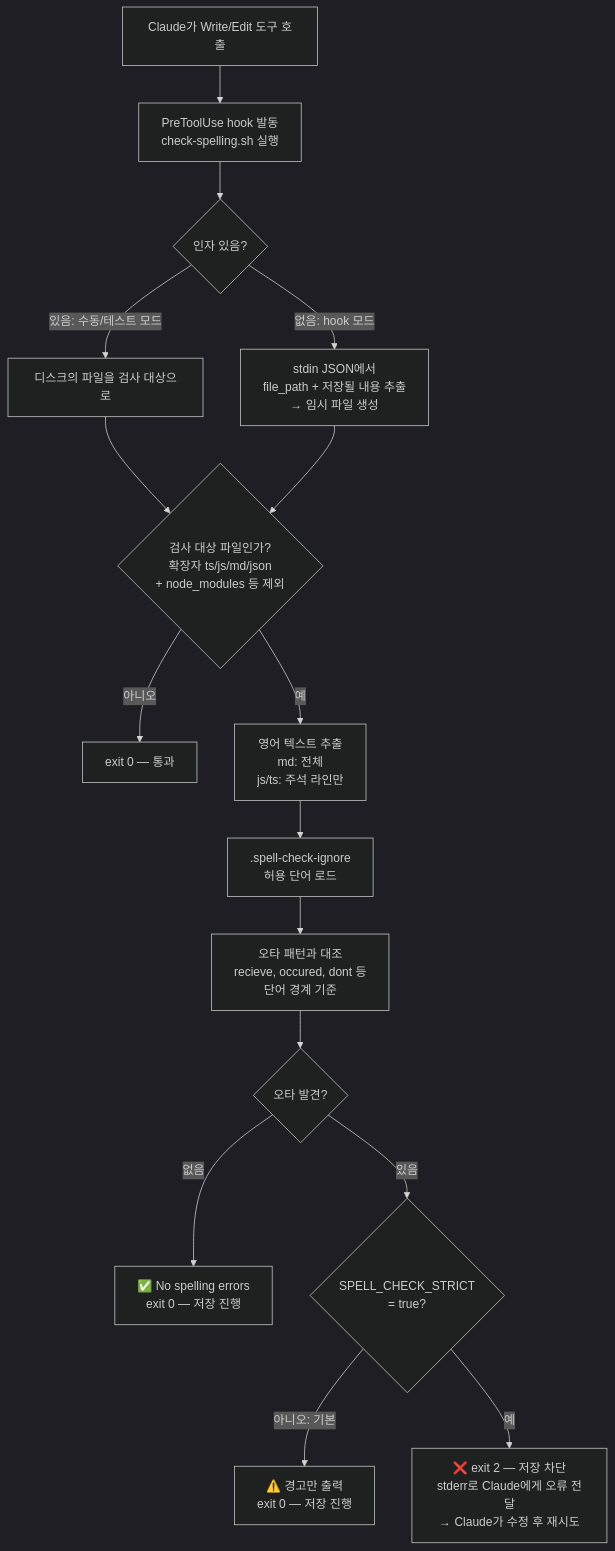
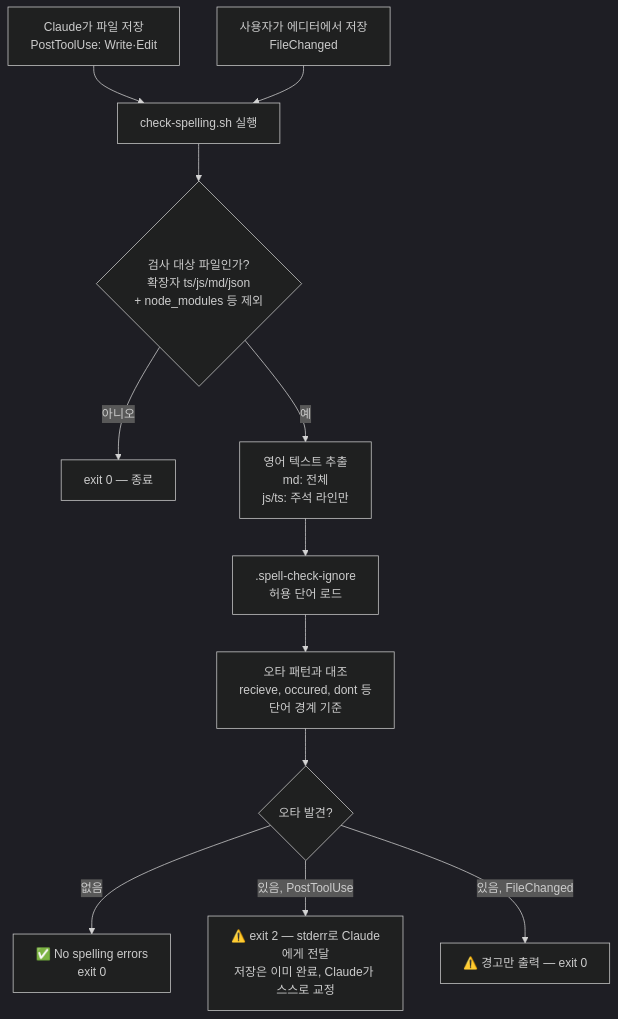
The diagram in README.md (simjieun/spell-check-plugin), drawn with Mermaid (dark theme) before and after one commit. The commit also changed other lines of this file and 7 other files, not shown here.

First line of the commit message:
v1.2.0 — 저장 차단 제거, PostToolUse로 전환

````diff
--- a/README.md
+++ b/README.md
@@ -98,18 +100,14 @@
 ```mermaid
 flowchart TD
-    A[Claude가 Write/Edit 도구 호출] --> B[PreToolUse hook 발동<br/>check-spelling.sh 실행]
-    B --> C{인자 있음?}
-    C -->|있음: 수동/테스트 모드| D[디스크의 파일을 검사 대상으로]
-    C -->|없음: hook 모드| E[stdin JSON에서<br/>file_path + 저장될 내용 추출<br/>→ 임시 파일 생성]
-    D --> F{검사 대상 파일인가?<br/>확장자 ts/js/md/json<br/>+ node_modules 등 제외}
-    E --> F
-    F -->|아니오| G[exit 0 — 통과]
+    A1[Claude가 파일 저장<br/>PostToolUse: Write·Edit] --> B[check-spelling.sh 실행]
+    A2[사용자가 에디터에서 저장<br/>FileChanged] --> B
+    B --> F{검사 대상 파일인가?<br/>확장자 ts/js/md/json<br/>+ node_modules 등 제외}
+    F -->|아니오| G[exit 0 — 종료]
     F -->|예| H[영어 텍스트 추출<br/>md: 전체<br/>js/ts: 주석 라인만]
     H --> I[.spell-check-ignore<br/>허용 단어 로드]
     I --> J[오타 패턴과 대조<br/>recieve, occured, dont 등<br/>단어 경계 기준]
     J --> K{오타 발견?}
-    K -->|없음| L[✅ No spelling errors<br/>exit 0 — 저장 진행]
-    K -->|있음| M{SPELL_CHECK_STRICT<br/>= true?}
-    M -->|아니오: 기본| N[⚠️ 경고만 출력<br/>exit 0 — 저장 진행]
-    M -->|예| O[❌ exit 2 — 저장 차단<br/>stderr로 Claude에게 오류 전달<br/>→ Claude가 수정 후 재시도]
+    K -->|없음| L[✅ No spelling errors<br/>exit 0]
+    K -->|있음, PostToolUse| M[⚠️ exit 2 — stderr로 Claude에게 전달<br/>저장은 이미 완료, Claude가 스스로 교정]
+    K -->|있음, FileChanged| N[⚠️ 경고만 출력 — exit 0]
 ```
````
